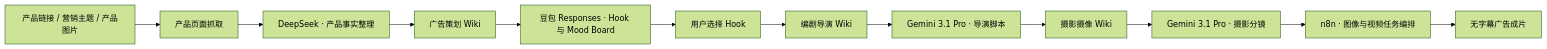
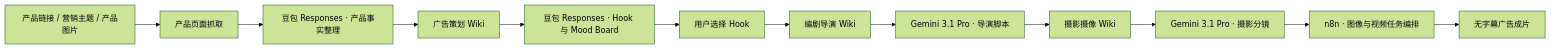
One commit to luoxiaohe0529-creator/ocean-glimmer-aigc changed the diagram in README.md. Above: the diagram before and after it, drawn with Mermaid (forest theme). The commit also changed other lines of this file and 18 other files, not shown here.

````diff
--- a/README.md
+++ b/README.md
@@ -59,14 +59,14 @@
 ```mermaid
 flowchart LR
   INPUT["产品链接 / 营销主题 / 产品图片"] --> CRAWLER["产品页面抓取"]
-  CRAWLER --> FACTS["DeepSeek · 产品事实整理"]
+  CRAWLER --> FACTS["豆包 Responses · 产品事实整理"]
   FACTS --> KB1["广告策划 Wiki"]
   KB1 --> DOUBAO1["豆包 Responses · Hook 与 Mood Board"]
   DOUBAO1 --> SELECT["用户选择 Hook"]
   SELECT --> KB2["编剧导演 Wiki"]
   KB2 --> GEMINI2["Gemini 3.1 Pro · 导演脚本"]
   GEMINI2 --> KB3["摄影摄像 Wiki"]
   KB3 --> GEMINI3["Gemini 3.1 Pro · 摄影分镜"]
   GEMINI3 --> N8N["n8n · 图像与视频任务编排"]
   N8N --> VIDEO["无字幕广告成片"]
 ```
````
